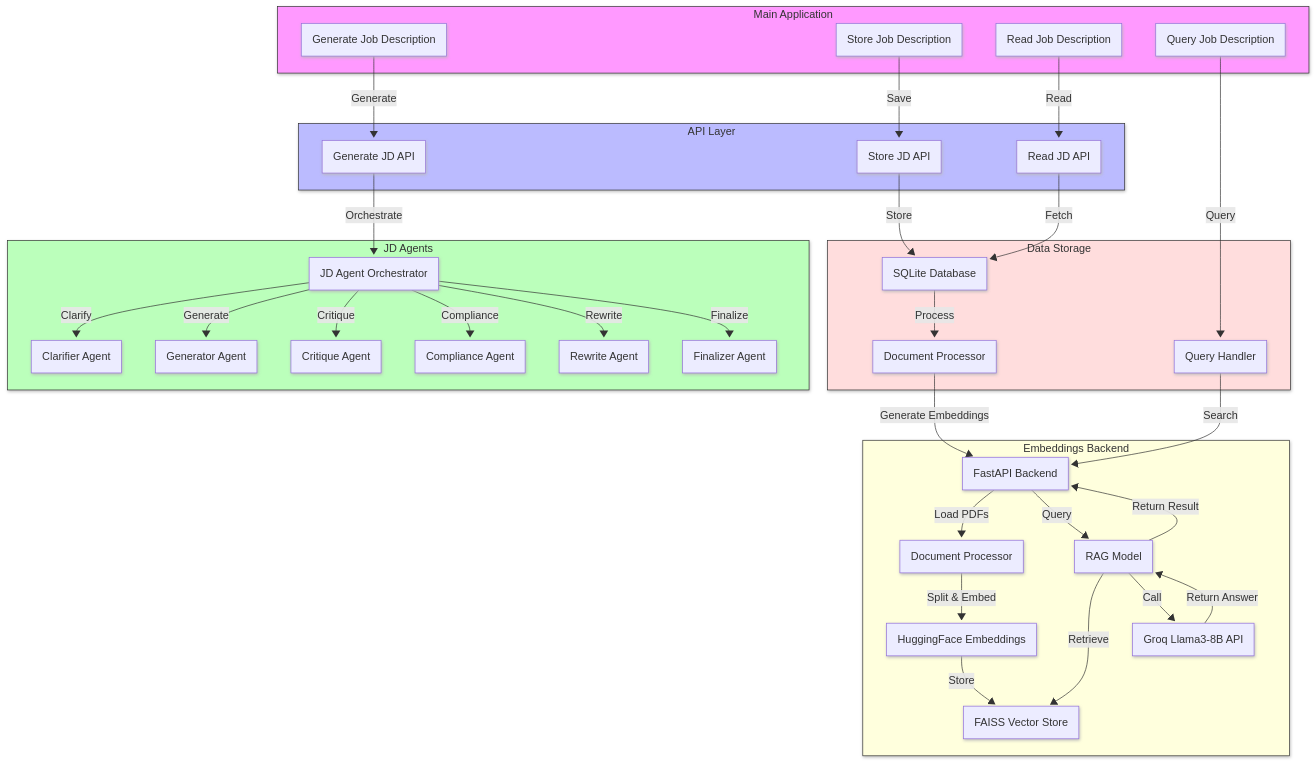
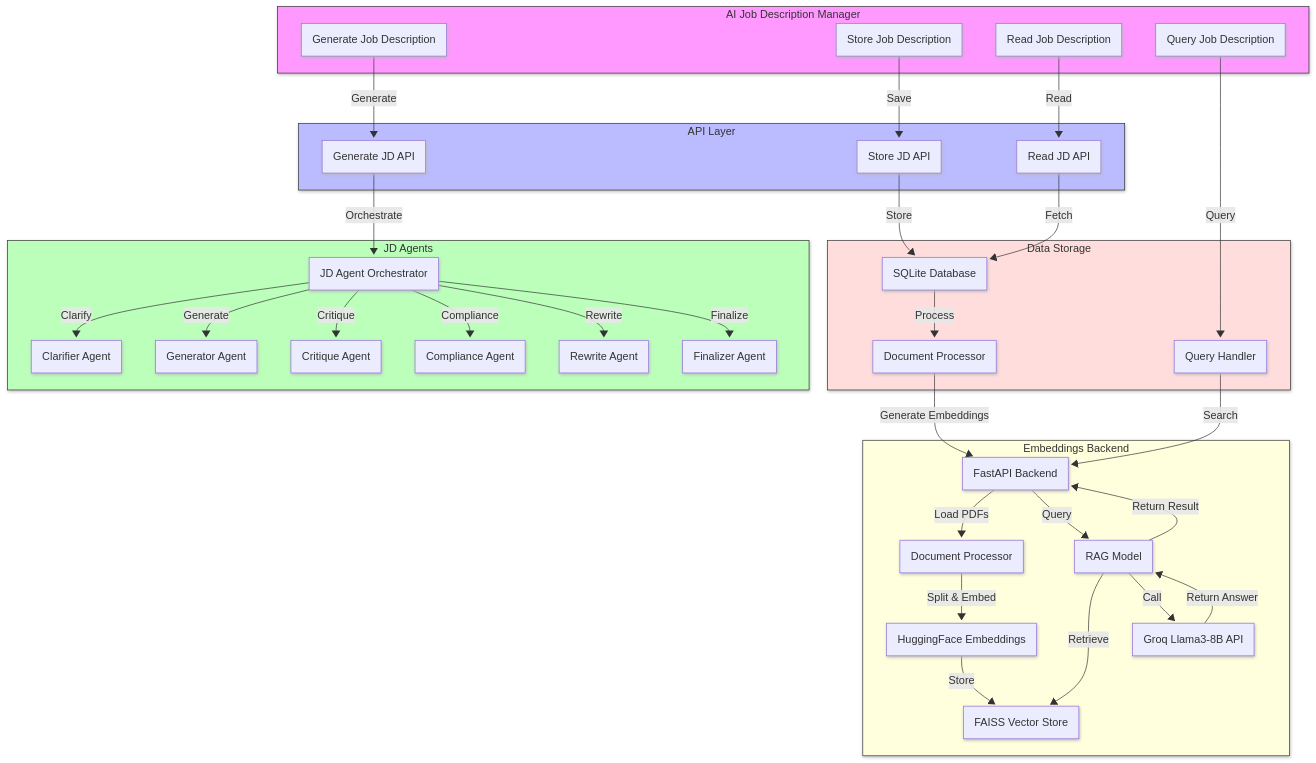
Before and after one commit to akhilaraop/agentic-jd-generator: the diagram in Main_App_Flowchart.mmd, drawn with Mermaid. The commit also changed 1 other file, not shown here.

Commit message:
updated system diagram

```diff
--- a/Main_App_Flowchart.mmd
+++ b/Main_App_Flowchart.mmd
@@ -1,83 +1,83 @@
 ---
 config:
   look: neo
 ---
 flowchart TD
-    subgraph MainApp["Main Application"]
+    subgraph MainApp["AI Job Description Manager"]
         A1["Generate Job Description"]
         A2["Store Job Description"]
         A3["Read Job Description"]
         A4["Query Job Description"]
     end
 
     subgraph API["API Layer"]
         B1["Generate JD API"]
         B2["Store JD API"]
         B3["Read JD API"]
     end
 
     subgraph Agents["JD Agents"]
         C1["JD Agent Orchestrator"]
         C2["Clarifier Agent"]
         C3["Generator Agent"]
         C4["Critique Agent"]
         C5["Compliance Agent"]
         C6["Rewrite Agent"]
         C7["Finalizer Agent"]
     end
 
     subgraph DataStore["Data Storage"]
         D1["SQLite Database"]
         E1["Document Processor"]
         E2["Query Handler"]
     end
 
     subgraph EmbeddingsBackend["Embeddings Backend"]
         F1["FastAPI Backend"]
         F2["Document Processor"]
         F3["HuggingFace Embeddings"]
         F4["FAISS Vector Store"]
         F5["RAG Model"]
         F6["Groq Llama3-8B API"]
     end
 
     %% Main App Flow
     A1 -->|Generate| B1
     B1 -->|Orchestrate| C1
     C1 -->|Clarify| C2
     C1 -->|Generate| C3
     C1 -->|Critique| C4
     C1 -->|Compliance| C5
     C1 -->|Rewrite| C6
     C1 -->|Finalize| C7
 
     %% Storage Flow
     A2 -->|Save| B2
     B2 -->|Store| D1
     D1 -->|Process| E1
     E1 -->|Generate Embeddings| F1
 
     %% Reading Flow
     A3 -->|Read| B3
     B3 -->|Fetch| D1
 
     %% Query Flow
     A4 -->|Query| E2
     E2 -->|Search| F1
 
     %% Embeddings Backend Flow
     F1 -->|Load PDFs| F2
     F2 -->|Split & Embed| F3
     F3 -->|Store| F4
     F1 -->|Query| F5
     F5 -->|Retrieve| F4
     F5 -->|Call| F6
     F6 -->|Return Answer| F5
     F5 -->|Return Result| F1
 
     %% Styling
     style MainApp fill:#f9f,stroke:#333,stroke-width:1px
     style API fill:#bbf,stroke:#333,stroke-width:1px
     style Agents fill:#bfb,stroke:#333,stroke-width:1px
     style DataStore fill:#fdd,stroke:#333,stroke-width:1px
     style EmbeddingsBackend fill:#ffd,stroke:#333,stroke-width:1px 
```
